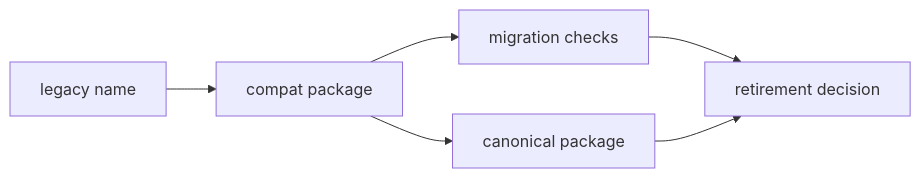
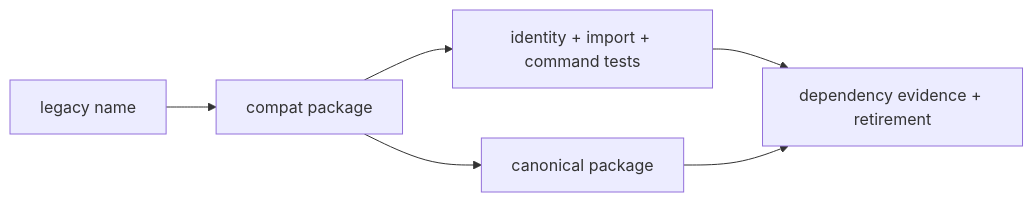
Before and after one commit to bijux/bijux-canon: the diagram in docs/08-compat-packages/index.md, drawn with Mermaid. The commit also changed other lines of this file and 2 other files, not shown here.

Commit message:
docs(governance): connect contracts to release evidence

````diff
--- a/docs/08-compat-packages/index.md
+++ b/docs/08-compat-packages/index.md
@@ -29,12 +24,12 @@
 ```mermaid
 flowchart LR
     legacy["legacy name"]
     bridge["compat package"]
     canonical["canonical package"]
-    validation["migration checks"]
-    retire["retirement decision"]
+    tests["identity + import + command tests"]
+    retire["dependency evidence + retirement"]
 
     legacy --> bridge --> canonical
-    bridge --> validation --> retire
+    bridge --> tests --> retire
     canonical --> retire
 ```
````
